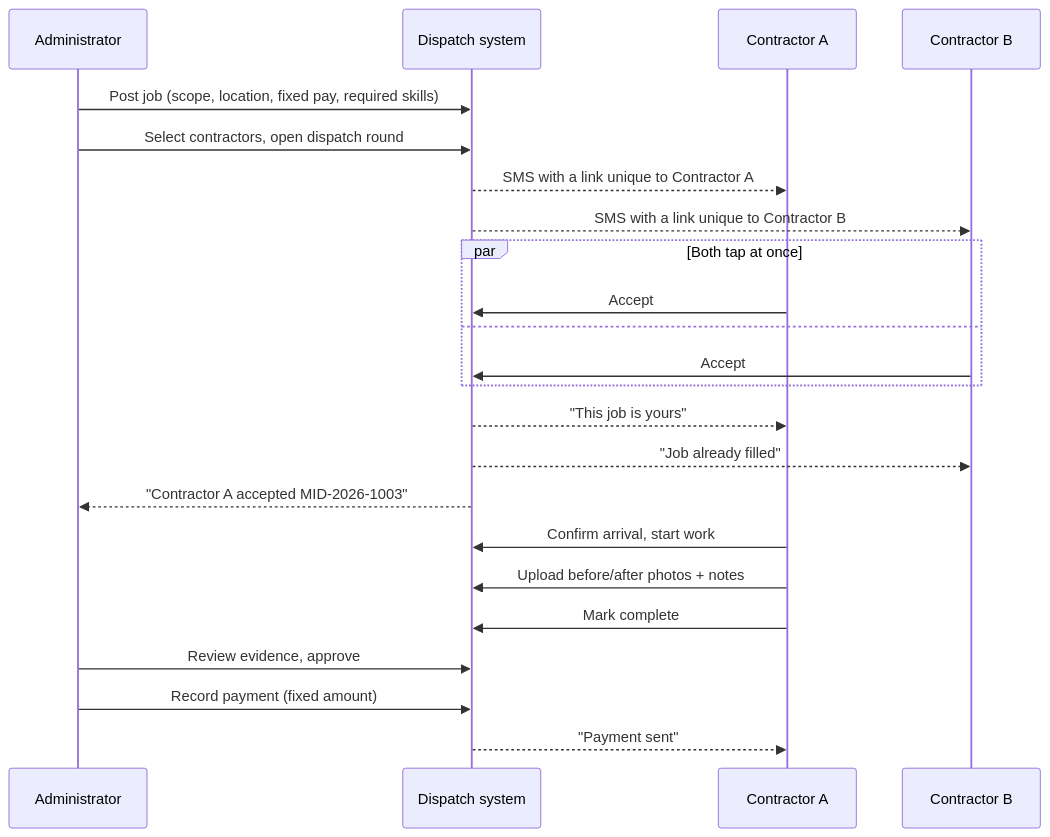
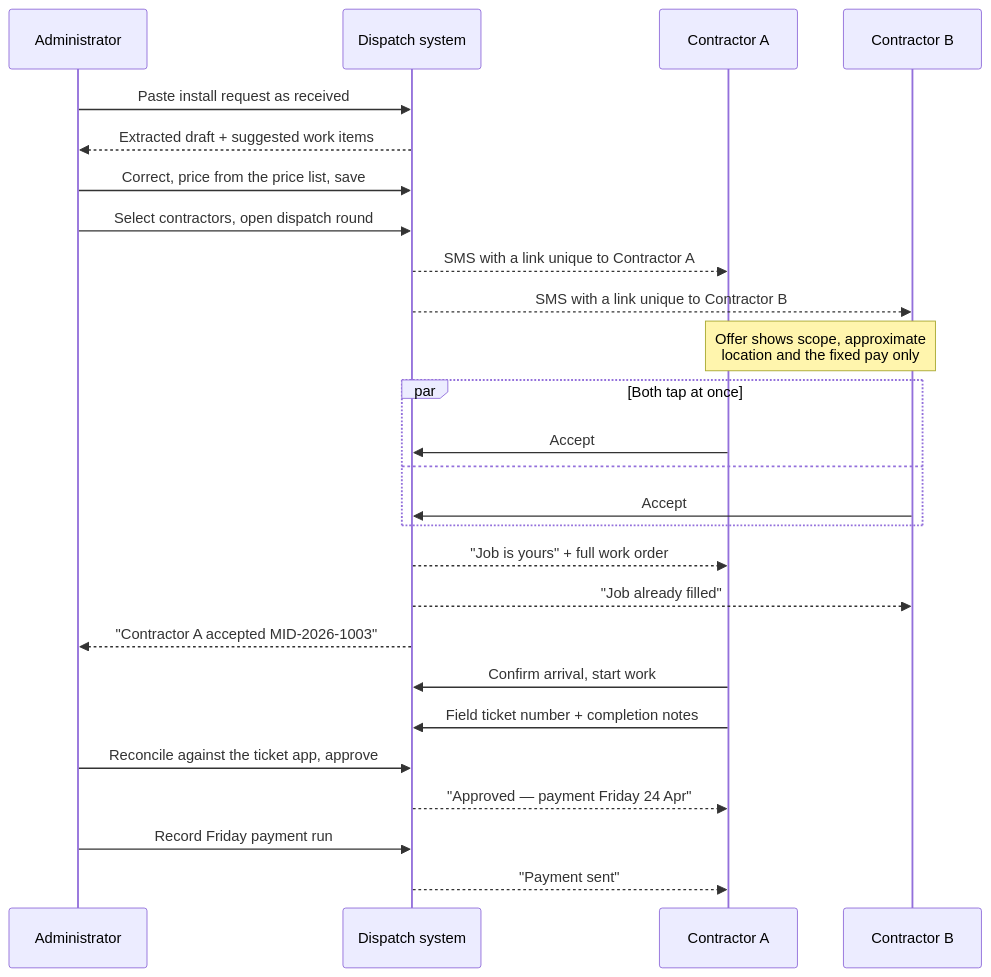
Before and after one commit to andyrodriguez2579-bot/Mall-Consultants-Install-Dispatch: the diagram in README.md, drawn with Mermaid. The commit also changed other lines of this file and 33 other files, not shown here.

First line of the commit message:
Add request intake, price-list job costing, and Friday payment runs

````diff
--- a/README.md
+++ b/README.md
@@ -32,29 +34,33 @@
 ```mermaid
 sequenceDiagram
     participant A as Administrator
     participant S as Dispatch system
     participant C1 as Contractor A
     participant C2 as Contractor B
 
-    A->>S: Post job (scope, location, fixed pay, required skills)
+    A->>S: Paste install request as received
+    S-->>A: Extracted draft + suggested work items
+    A->>S: Correct, price from the price list, save
     A->>S: Select contractors, open dispatch round
     S-->>C1: SMS with a link unique to Contractor A
     S-->>C2: SMS with a link unique to Contractor B
+
+    Note over C1,C2: Offer shows scope, approximate<br/>location and the fixed pay only
 
     par Both tap at once
         C1->>S: Accept
     and
         C2->>S: Accept
     end
 
-    S-->>C1: "This job is yours"
+    S-->>C1: "Job is yours" + full work order
     S-->>C2: "Job already filled"
     S-->>A: "Contractor A accepted MID-2026-1003"
 
     C1->>S: Confirm arrival, start work
-    C1->>S: Upload before/after photos + notes
-    C1->>S: Mark complete
-    A->>S: Review evidence, approve
-    A->>S: Record payment (fixed amount)
+    C1->>S: Field ticket number + completion notes
+    A->>S: Reconcile against the ticket app, approve
+    S-->>C1: "Approved — payment Friday 24 Apr"
+    A->>S: Record Friday payment run
     S-->>C1: "Payment sent"
 ```
````
